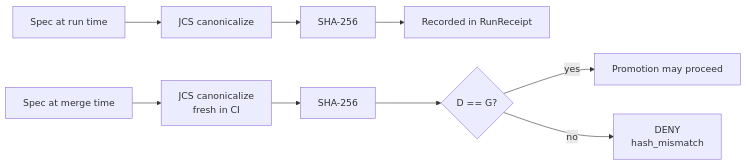
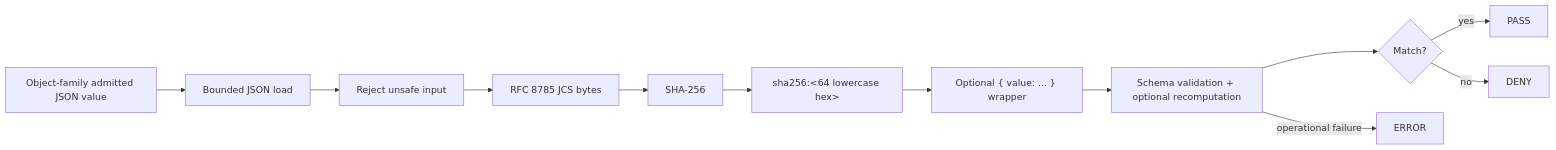
One commit to bartytime4life/Kansas-Frontier-Matrix changed the diagram in docs/standards/CANONICALIZATION.md. Above: the diagram before and after it, drawn with Mermaid. The commit also changed other lines of this file, not shown here.

````diff
--- a/docs/standards/CANONICALIZATION.md
+++ b/docs/standards/CANONICALIZATION.md
@@ -330,11 +145,14 @@
 ```mermaid
 flowchart LR
-    A[Spec at run time] --> B[JCS canonicalize]
-    B --> C[SHA-256]
-    C --> D[Recorded in RunReceipt]
-    E[Spec at merge time] --> F[JCS canonicalize<br/>fresh in CI]
-    F --> G[SHA-256]
-    G --> H{D == G?}
-    H -- yes --> I[Promotion may proceed]
-    H -- no --> J[DENY<br/>hash_mismatch]
+    A["Object-family admitted JSON value"] --> B["Bounded JSON load"]
+    B --> C["Reject unsafe input"]
+    C --> D["RFC 8785 JCS bytes"]
+    D --> E["SHA-256"]
+    E --> F["sha256:<64 lowercase hex>"]
+    F --> G["Optional { value: ... } wrapper"]
+    G --> H["Schema validation + optional recomputation"]
+    H --> I{"Match?"}
+    I -- yes --> J["PASS"]
+    I -- no --> K["DENY"]
+    H -- operational failure --> L["ERROR"]
 ```
````
